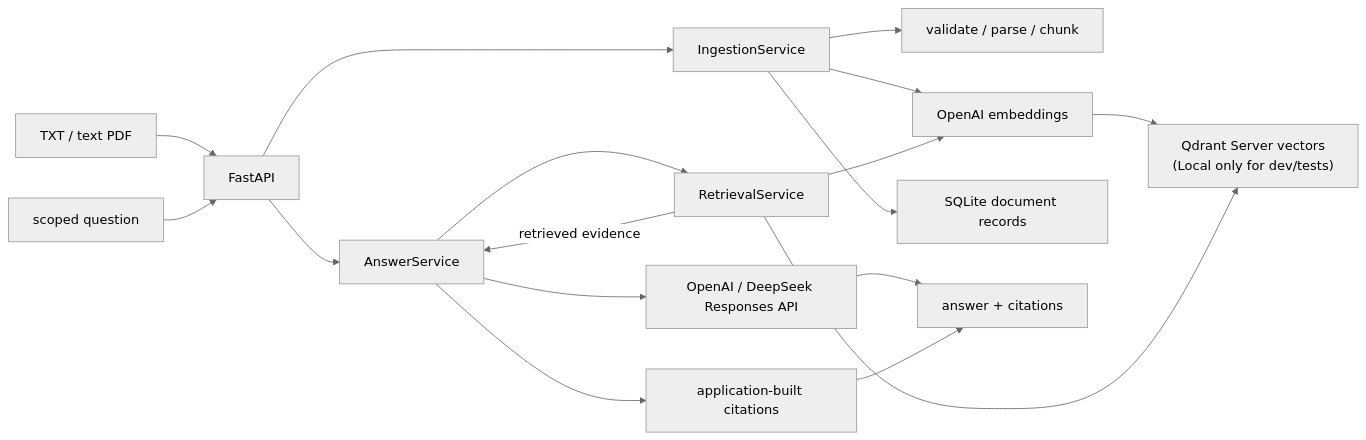
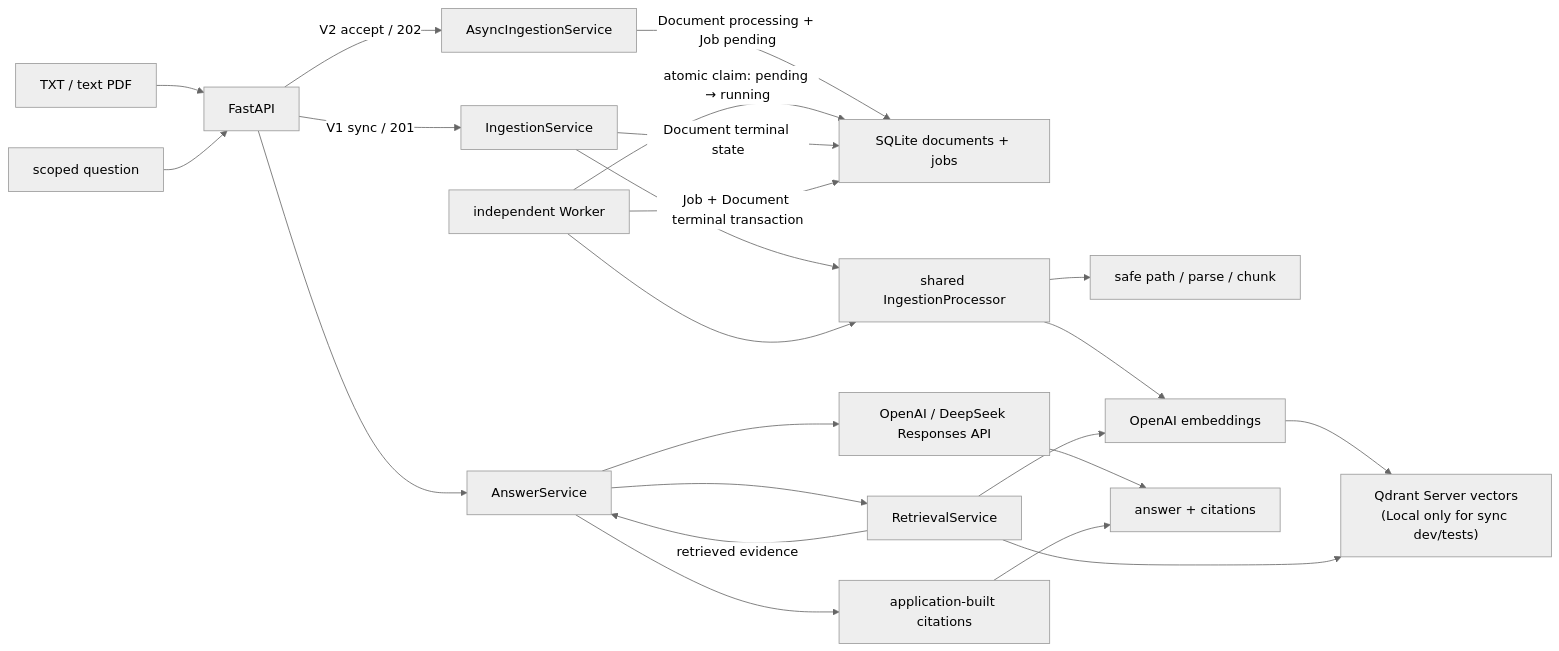
Before and after one commit to Conchlikewater/enterprise-knowledge-assistant: the diagram in README.md, drawn with Mermaid (neutral theme). The commit also changed other lines of this file and 3 other files, not shown here.

Commit message:
docs(r23): record verified async ingestion boundary

````diff
--- a/README.md
+++ b/README.md
@@ -33,20 +37,26 @@
 ```mermaid
 flowchart LR
     U["TXT / text PDF"] --> API["FastAPI"]
-    API --> ING["IngestionService"]
-    ING --> DOC["validate / parse / chunk"]
-    ING --> EMB["OpenAI embeddings"]
-    ING --> SQL["SQLite document records"]
-    EMB --> QD["Qdrant Server vectors<br/>(Local only for dev/tests)"]
+    API -->|"V1 sync / 201"| SYNC["IngestionService"]
+    API -->|"V2 accept / 202"| ASYNC["AsyncIngestionService"]
+    ASYNC -->|"Document processing + Job pending"| SQL["SQLite documents + jobs"]
+    WORKER["independent Worker"] -->|"atomic claim: pending → running"| SQL
+    SYNC --> CORE["shared IngestionProcessor"]
+    WORKER --> CORE
+    CORE --> DOC["safe path / parse / chunk"]
+    CORE --> EMB["OpenAI embeddings"]
+    EMB --> QD["Qdrant Server vectors<br/>(Local only for sync dev/tests)"]
+    SYNC -->|"Document terminal state"| SQL
+    WORKER -->|"Job + Document terminal transaction"| SQL
 
     Q["scoped question"] --> API
     API --> ANS["AnswerService"]
     ANS --> RET["RetrievalService"]
     RET --> EMB
     RET --> QD
     RET -->|"retrieved evidence"| ANS
     ANS --> LLM["OpenAI / DeepSeek Responses API"]
     ANS --> CIT["application-built citations"]
     LLM --> OUT["answer + citations"]
     CIT --> OUT
 ```
````
